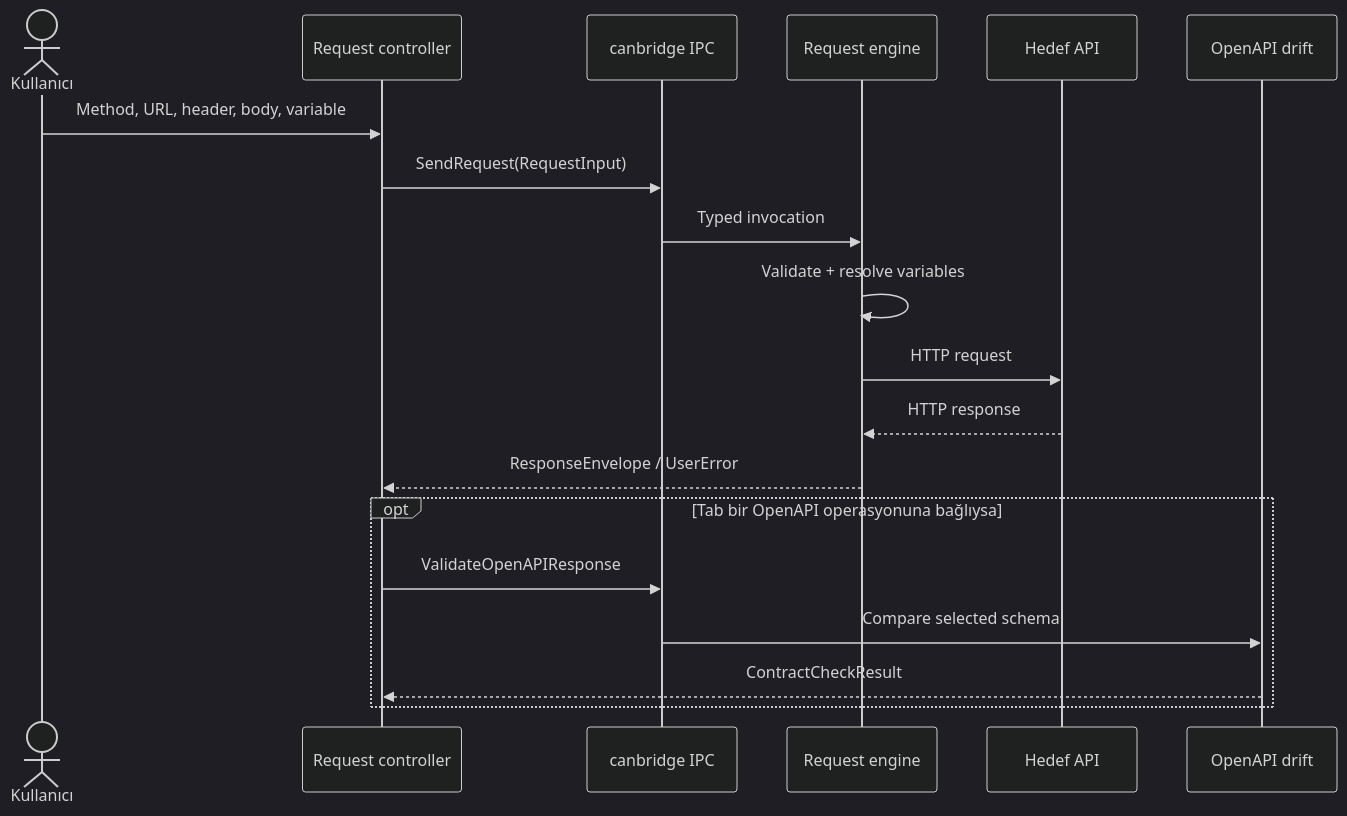
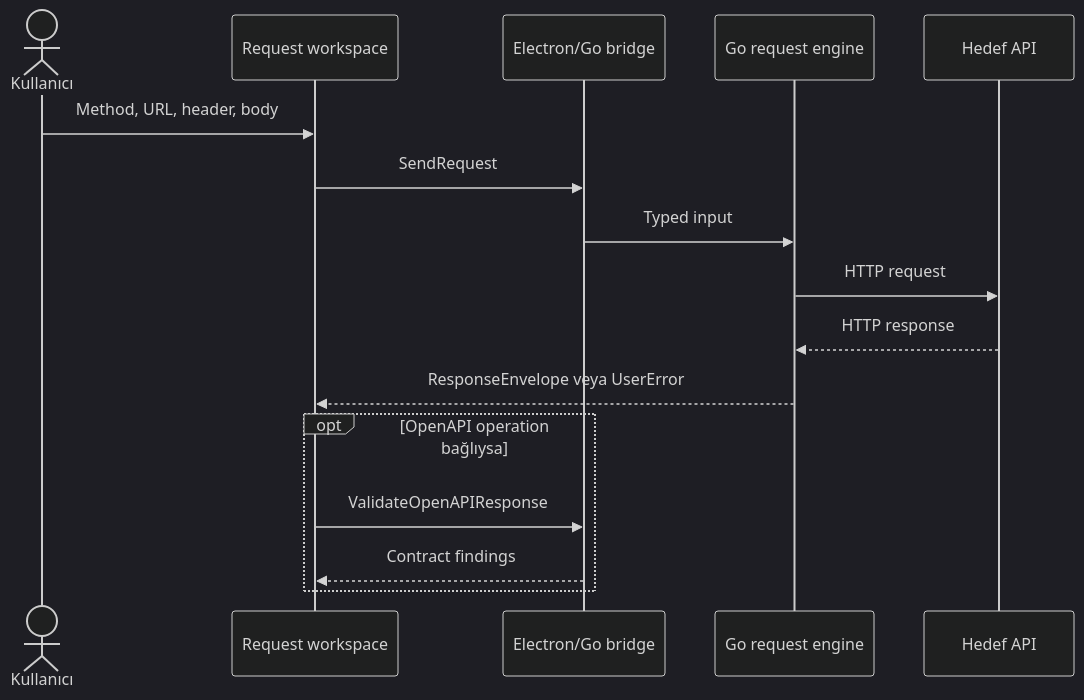
One commit to TunahanCan/lazy-test changed the second of 2 diagrams in architect.md. Above: the diagram before and after it, drawn with Mermaid (dark theme). The commit also changed other lines of this file and 204 other files, not shown here.

````diff
--- a/architect.md
+++ b/architect.md
@@ -758,22 +466,19 @@
 ```mermaid
 sequenceDiagram
     actor User as Kullanıcı
-    participant UI as Request controller
-    participant IPC as canbridge IPC
-    participant Go as Request engine
+    participant UI as Request workspace
+    participant IPC as Electron/Go bridge
+    participant Engine as Go request engine
     participant API as Hedef API
-    participant Contract as OpenAPI drift
 
-    User->>UI: Method, URL, header, body, variable
-    UI->>IPC: SendRequest(RequestInput)
-    IPC->>Go: Typed invocation
-    Go->>Go: Validate + resolve variables
-    Go->>API: HTTP request
-    API-->>Go: HTTP response
-    Go-->>UI: ResponseEnvelope / UserError
-    opt Tab bir OpenAPI operasyonuna bağlıysa
+    User->>UI: Method, URL, header, body
+    UI->>IPC: SendRequest
+    IPC->>Engine: Typed input
+    Engine->>API: HTTP request
+    API-->>Engine: HTTP response
+    Engine-->>UI: ResponseEnvelope veya UserError
+    opt OpenAPI operation bağlıysa
         UI->>IPC: ValidateOpenAPIResponse
-        IPC->>Contract: Compare selected schema
-        Contract-->>UI: ContractCheckResult
+        IPC-->>UI: Contract findings
     end
 ```
````
